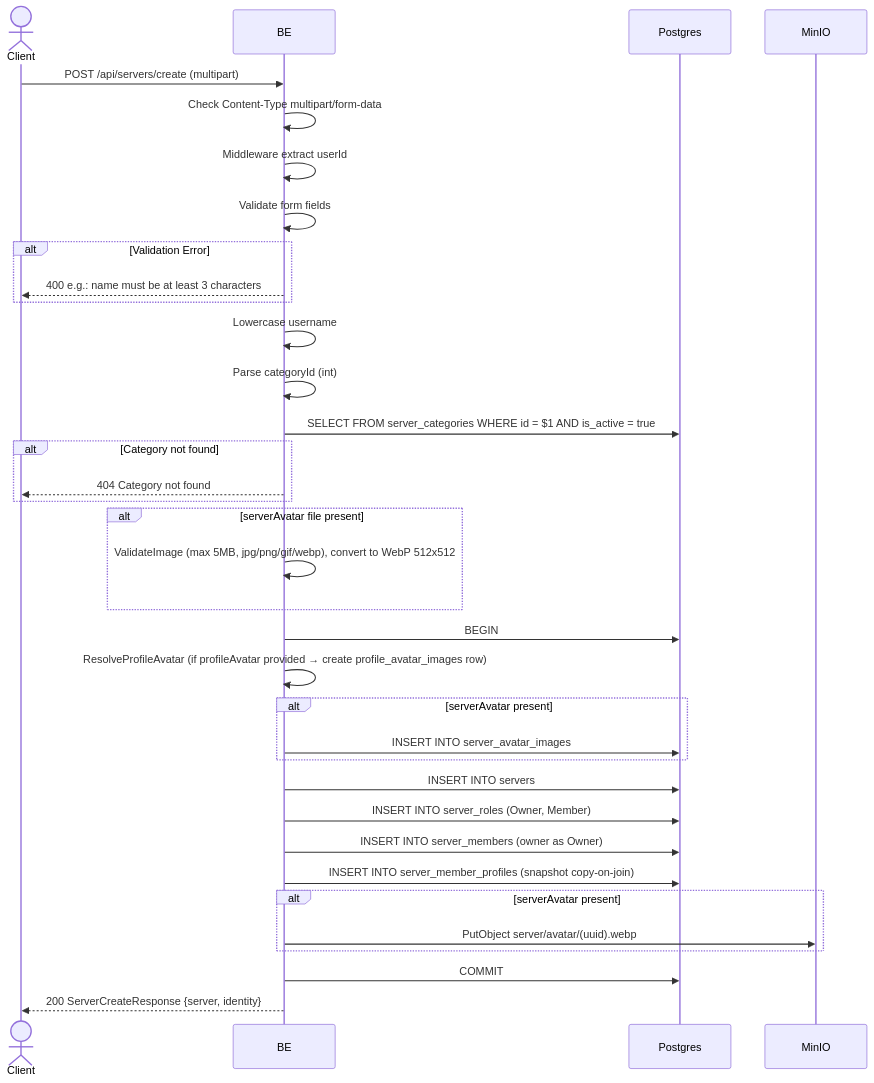
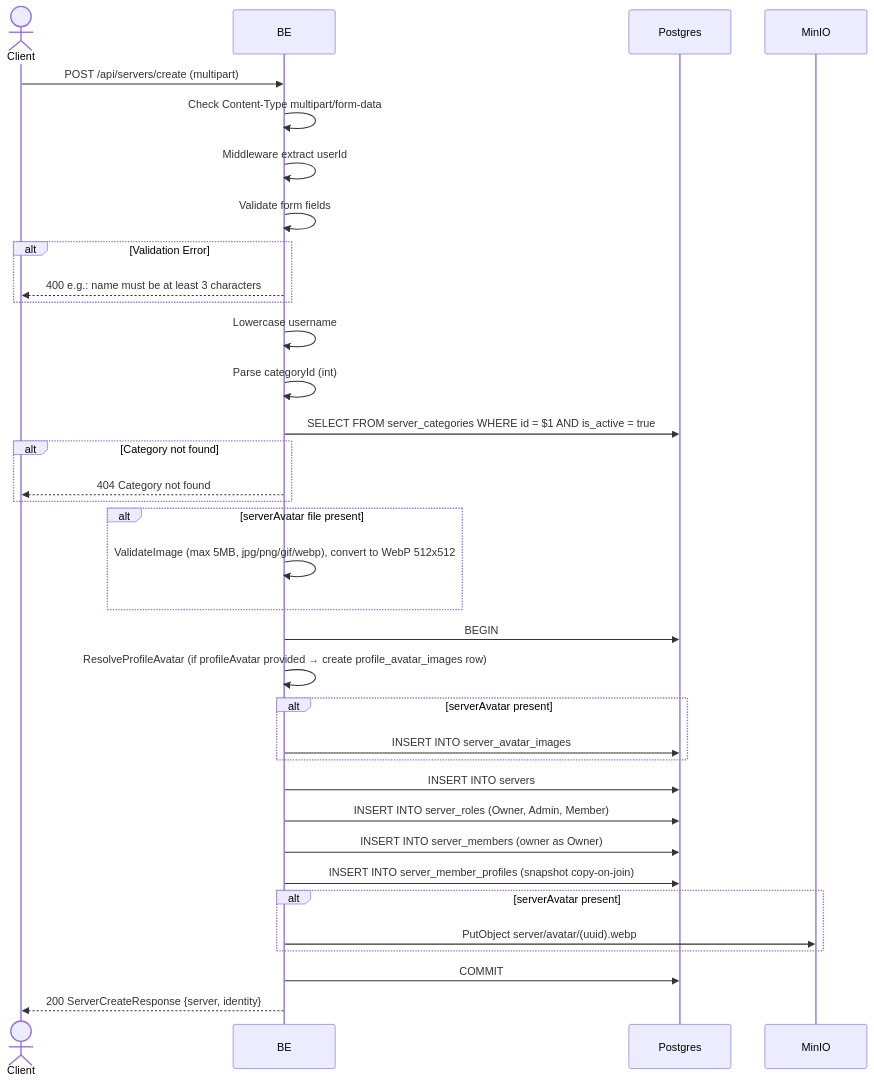
The diagram in docs/flows/en/create_server.md (ferdian3456/virdanproject), drawn with Mermaid before and after one commit. The commit also changed other lines of this file and 67 other files, not shown here.

First line of the commit message:
Audit and fix API flow docs; add missing Payment/Chat documentation (#42)

````diff
--- a/docs/flows/en/create_server.md
+++ b/docs/flows/en/create_server.md
@@ -13,38 +13,38 @@
 ```mermaid
 sequenceDiagram
     actor Client
     participant BE
     participant Postgres
     participant MinIO
 
     Client->>BE: POST /api/servers/create (multipart)
     BE->>BE: Check Content-Type multipart/form-data
     BE->>BE: Middleware extract userId
     BE->>BE: Validate form fields
     alt Validation Error
         BE-->>Client: 400 e.g.: name must be at least 3 characters
     end
     BE->>BE: Lowercase username
     BE->>BE: Parse categoryId (int)
     BE->>Postgres: SELECT FROM server_categories WHERE id = $1 AND is_active = true
     alt Category not found
         BE-->>Client: 404 Category not found
     end
     alt serverAvatar file present
         BE->>BE: ValidateImage (max 5MB, jpg/png/gif/webp), convert to WebP 512x512
     end
     BE->>Postgres: BEGIN
     BE->>BE: ResolveProfileAvatar (if profileAvatar provided → create profile_avatar_images row)
     alt serverAvatar present
         BE->>Postgres: INSERT INTO server_avatar_images
     end
     BE->>Postgres: INSERT INTO servers
-    BE->>Postgres: INSERT INTO server_roles (Owner, Member)
+    BE->>Postgres: INSERT INTO server_roles (Owner, Admin, Member)
     BE->>Postgres: INSERT INTO server_members (owner as Owner)
     BE->>Postgres: INSERT INTO server_member_profiles (snapshot copy-on-join)
     alt serverAvatar present
         BE->>MinIO: PutObject server/avatar/(uuid).webp
     end
     BE->>Postgres: COMMIT
     BE-->>Client: 200 ServerCreateResponse {server, identity}
 ```
````
